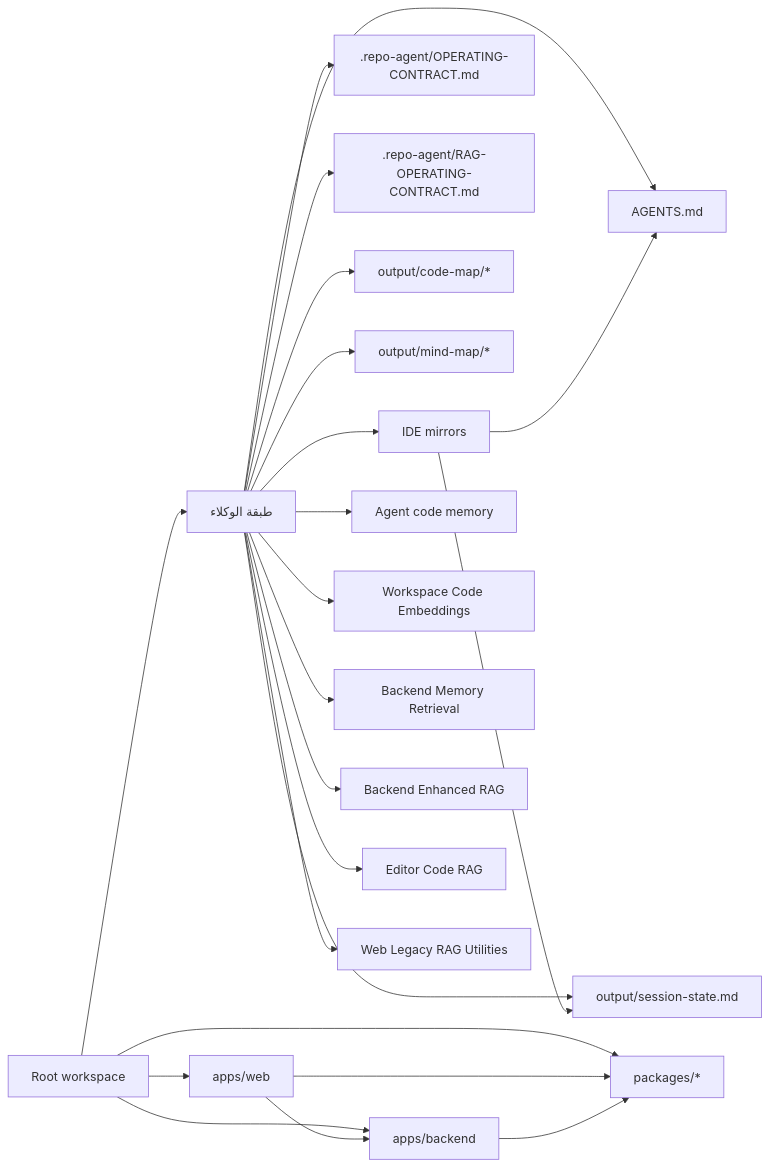
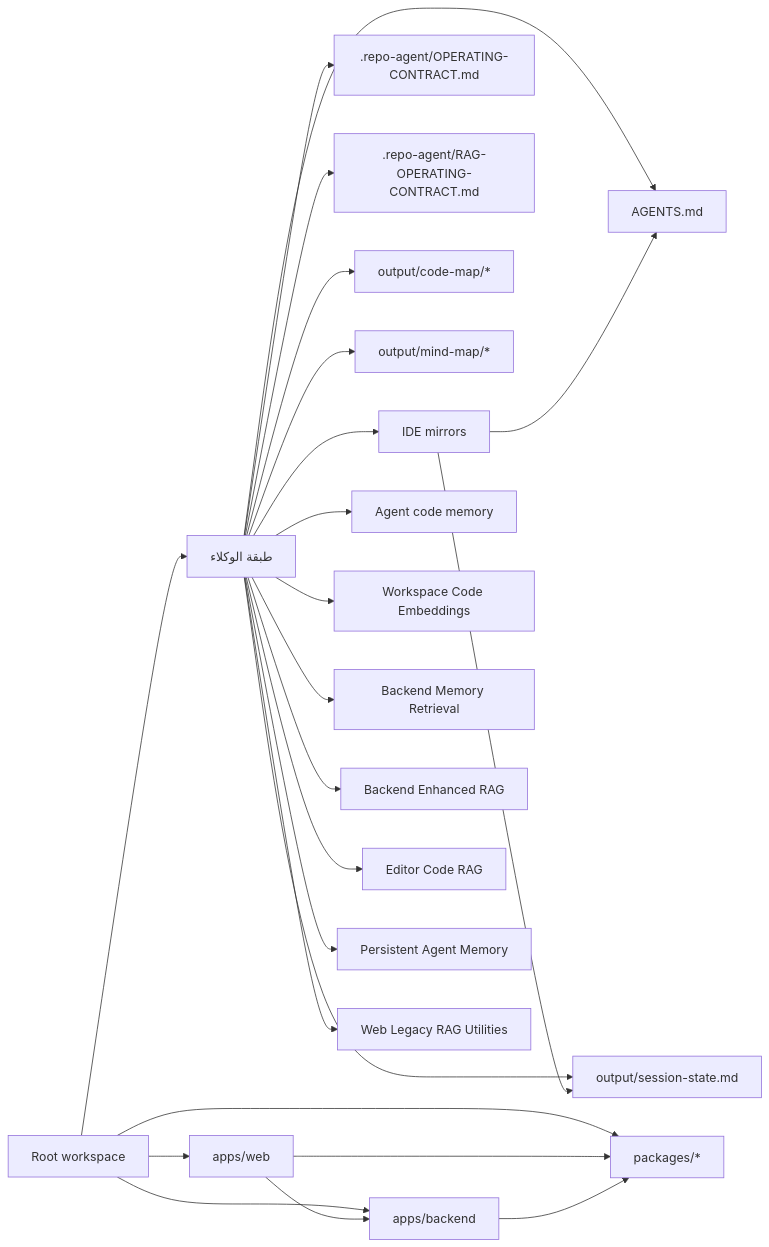
One commit to CLOCKWORK-TEMPTATION/thecopy-yarab-we-elnby changed the diagram in output/code-map/dependency-graph.md. Above: the diagram before and after it, drawn with Mermaid. The commit also changed 17 other files, not shown here.

First line of the commit message:
chore: update context for persistent agent memory system

````diff
--- a/output/code-map/dependency-graph.md
+++ b/output/code-map/dependency-graph.md
@@ -3,26 +3,27 @@
 ```mermaid
 flowchart LR
     Root["Root workspace"] --> Agents["طبقة الوكلاء"]
     Root --> Web["apps/web"]
     Root --> Backend["apps/backend"]
     Root --> Packages["packages/*"]
 
     Agents --> Contract["AGENTS.md"]
     Agents --> Operating[".repo-agent/OPERATING-CONTRACT.md"]
     Agents --> RAGContract[".repo-agent/RAG-OPERATING-CONTRACT.md"]
     Agents --> Session["output/session-state.md"]
     Agents --> CodeMap["output/code-map/*"]
     Agents --> MindMap["output/mind-map/*"]
     Agents --> IDE["IDE mirrors"]
     Agents --> CodeMemory["Agent code memory"]
     Agents --> workspace-embeddings["Workspace Code Embeddings"]
     Agents --> backend-memory["Backend Memory Retrieval"]
     Agents --> backend-enhanced-rag["Backend Enhanced RAG"]
     Agents --> editor-code-rag["Editor Code RAG"]
+    Agents --> persistent-agent-memory["Persistent Agent Memory"]
     Agents --> web-legacy-rag["Web Legacy RAG Utilities"]
     Web --> Backend
     Web --> Packages
     Backend --> Packages
     IDE --> Contract
     IDE --> Session
 ```
````
